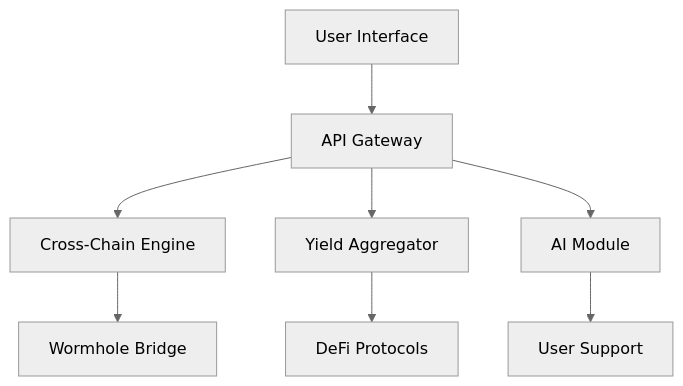
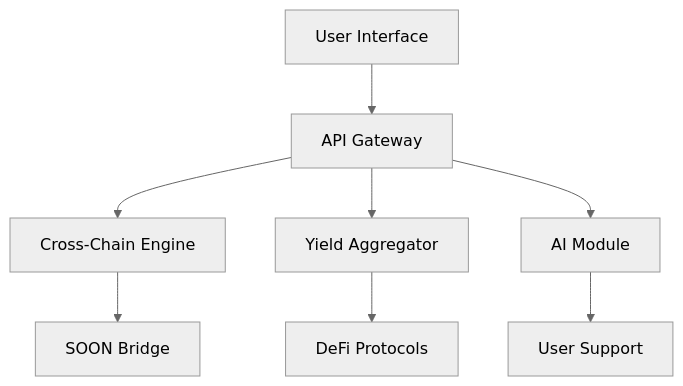
One commit to saksham-tomer/greymatter changed the diagram in README.md. Above: the diagram before and after it, drawn with Mermaid (neutral theme). The commit also changed other lines of this file and 8 other files, not shown here.

````diff
--- a/README.md
+++ b/README.md
@@ -94,10 +94,10 @@
 ```mermaid
 graph TD
     A[User Interface] --> B[API Gateway]
     B --> C[Cross-Chain Engine]
     B --> D[Yield Aggregator]
     B --> E[AI Module]
-    C --> F[Wormhole Bridge]
+    C --> F[SOON Bridge]
     D --> G[DeFi Protocols]
     E --> H[User Support]
 ```
````
